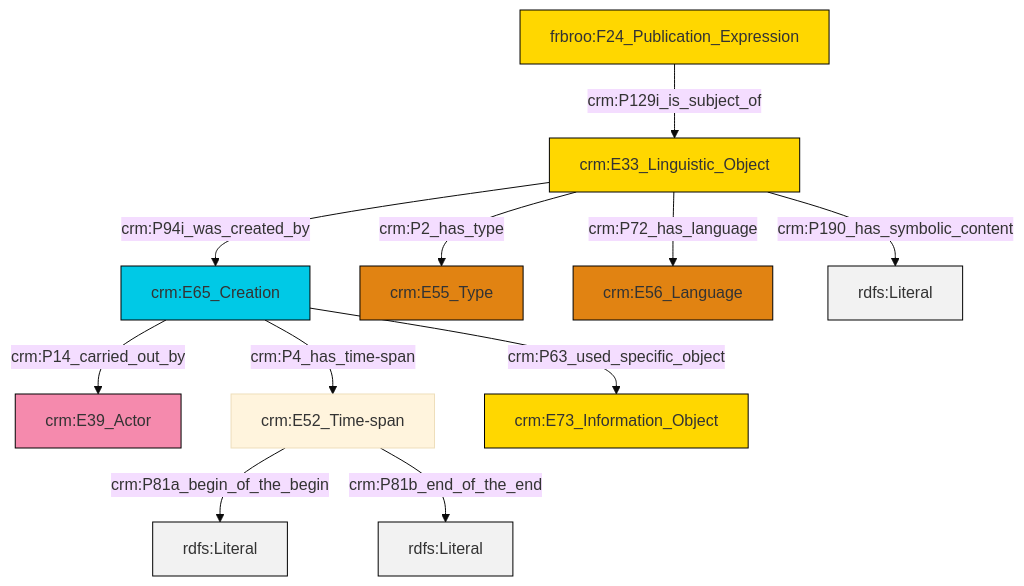
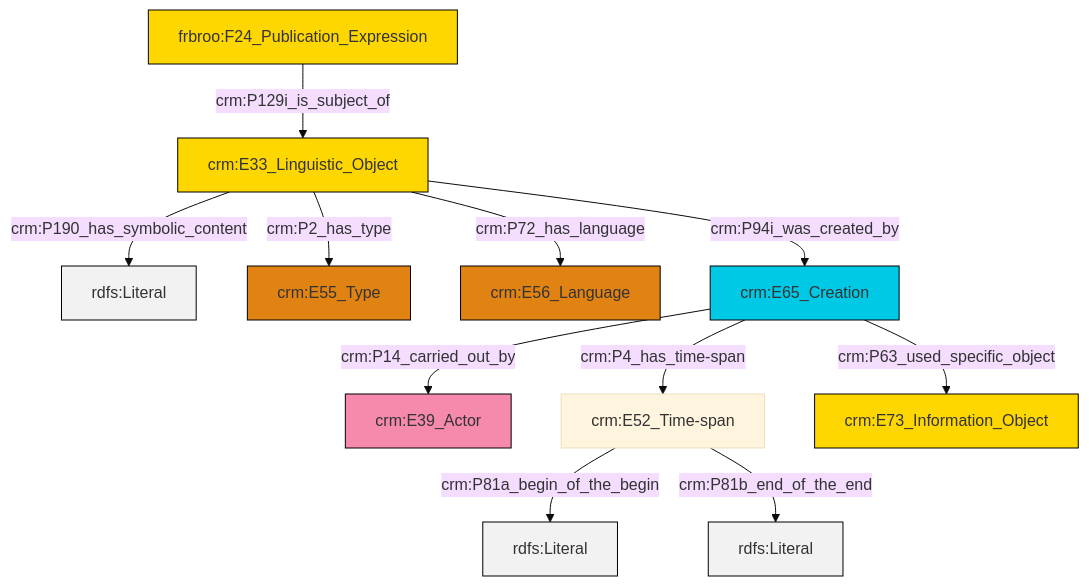
One commit to swiss-art-research-net/reference-data-models changed the diagram in et/biblioCSV/ttl/mmd/biblio_description.ttl.mmd. Above: the diagram before and after it, drawn with Mermaid (base theme). The commit also changed 126 other files, not shown here.

```diff
--- a/et/biblioCSV/ttl/mmd/biblio_description.ttl.mmd
+++ b/et/biblioCSV/ttl/mmd/biblio_description.ttl.mmd
@@ -1,25 +1,25 @@
 graph TD
 classDef Literal fill:#f2f2f2,stroke:#000000;
 classDef CRM_Entity fill:#FFFFFF,stroke:#000000;
 classDef Temporal_Entity fill:#00C9E6, stroke:#000000;
 classDef Type fill:#E18312, stroke:#000000;
 classDef Time-Span fill:#2C9C91, stroke:#000000;
 classDef Appellation fill:#FFEB7F, stroke:#000000;
 classDef Place fill:#008836, stroke:#000000;
 classDef Persistent_Item fill:#B266B2, stroke:#000000;
 classDef Conceptual_Object fill:#FFD700, stroke:#000000;
 classDef Physical_Thing fill:#D2B48C, stroke:#000000;
 classDef Actor fill:#f58aad, stroke:#000000;
 classDef PC_Classes fill:#4ce600, stroke:#000000;
 classDef Multi fill:#cccccc,stroke:#000000;
 
-0["crm:E65_Creation"]:::Temporal_Entity -->|crm:P14_carried_out_by| 1["crm:E39_Actor"]:::Actor
-3["crm:E33_Linguistic_Object"]:::Conceptual_Object -->|crm:P2_has_type| 4["crm:E55_Type"]:::Type
-0["crm:E65_Creation"]:::Temporal_Entity -->|crm:P63_used_specific_object| 7["crm:E73_Information_Object"]:::Conceptual_Object
-3["crm:E33_Linguistic_Object"]:::Conceptual_Object -->|crm:P72_has_language| 9["crm:E56_Language"]:::Type
-5["crm:E52_Time-span"]:::Default -->|crm:P81a_begin_of_the_begin| 11[rdfs:Literal]:::Literal
-0["crm:E65_Creation"]:::Temporal_Entity -->|crm:P4_has_time-span| 5["crm:E52_Time-span"]:::Default
-3["crm:E33_Linguistic_Object"]:::Conceptual_Object -->|crm:P94i_was_created_by| 0["crm:E65_Creation"]:::Temporal_Entity
-13["frbroo:F24_Publication_Expression"]:::Conceptual_Object -->|crm:P129i_is_subject_of| 3["crm:E33_Linguistic_Object"]:::Conceptual_Object
-3["crm:E33_Linguistic_Object"]:::Conceptual_Object -->|crm:P190_has_symbolic_content| 14[rdfs:Literal]:::Literal
-5["crm:E52_Time-span"]:::Default -->|crm:P81b_end_of_the_end| 18[rdfs:Literal]:::Literal
+0["crm:E33_Linguistic_Object"]:::Conceptual_Object -->|crm:P190_has_symbolic_content| 1[rdfs:Literal]:::Literal
+4["frbroo:F24_Publication_Expression"]:::Conceptual_Object -->|crm:P129i_is_subject_of| 0["crm:E33_Linguistic_Object"]:::Conceptual_Object
+0["crm:E33_Linguistic_Object"]:::Conceptual_Object -->|crm:P72_has_language| 7["crm:E56_Language"]:::Type
+9["crm:E65_Creation"]:::Temporal_Entity -->|crm:P14_carried_out_by| 5["crm:E39_Actor"]:::Actor
+0["crm:E33_Linguistic_Object"]:::Conceptual_Object -->|crm:P2_has_type| 2["crm:E55_Type"]:::Type
+11["crm:E52_Time-span"]:::Default -->|crm:P81a_begin_of_the_begin| 12[rdfs:Literal]:::Literal
+9["crm:E65_Creation"]:::Temporal_Entity -->|crm:P63_used_specific_object| 13["crm:E73_Information_Object"]:::Conceptual_Object
+11["crm:E52_Time-span"]:::Default -->|crm:P81b_end_of_the_end| 16[rdfs:Literal]:::Literal
+9["crm:E65_Creation"]:::Temporal_Entity -->|crm:P4_has_time-span| 11["crm:E52_Time-span"]:::Default
+0["crm:E33_Linguistic_Object"]:::Conceptual_Object -->|crm:P94i_was_created_by| 9["crm:E65_Creation"]:::Temporal_Entity
```
